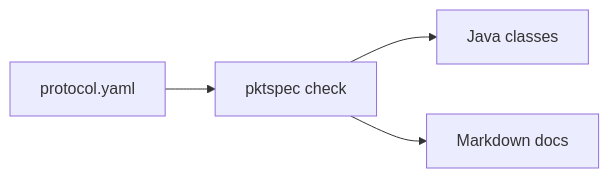
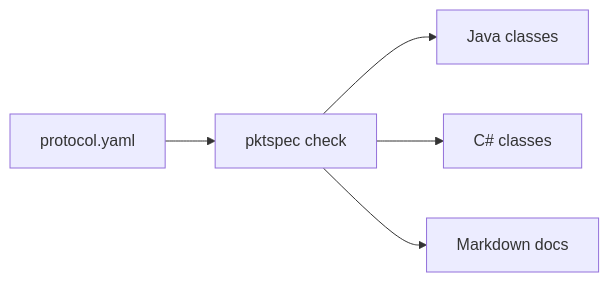
The diagram in README.en.md (vtxe02023274/pktspec), drawn with Mermaid before and after one commit. The commit also changed other lines of this file and 41 other files, not shown here.

````diff
--- a/README.en.md
+++ b/README.en.md
@@ -9,6 +9,7 @@
 ```mermaid
 flowchart LR
   yaml[protocol.yaml] --> check[pktspec check]
   check --> java[Java classes]
+  check --> csharp[C# classes]
   check --> docs[Markdown docs]
 ```
````
